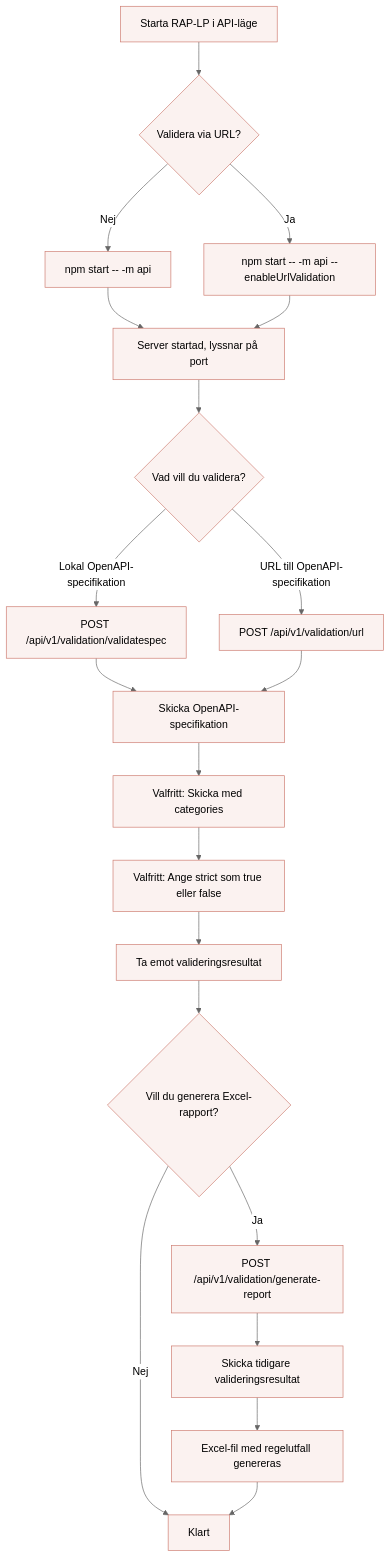
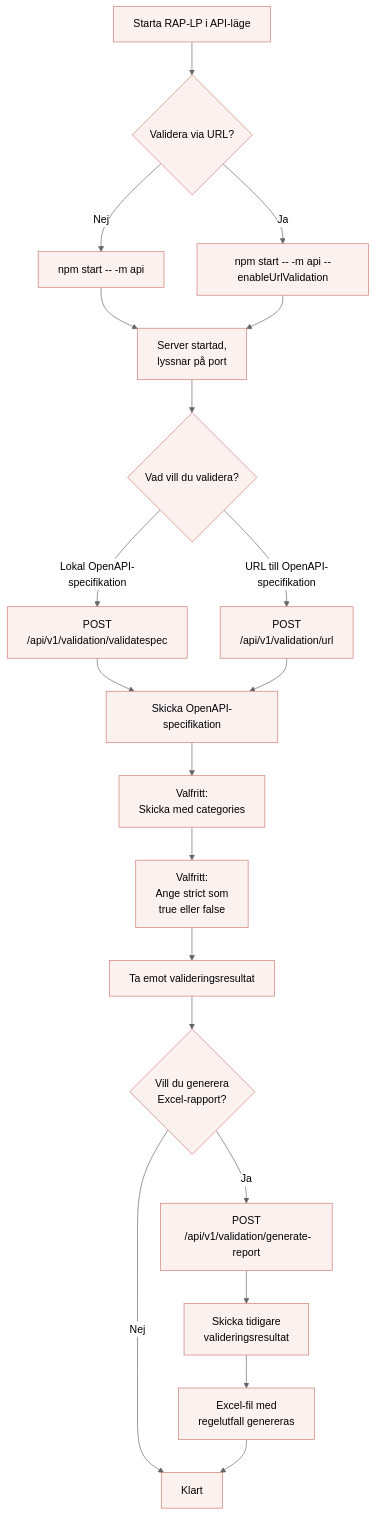
The second of 2 diagrams in README.md (diggsweden/rest-api-profil-lint-processor), drawn with Mermaid before and after one commit.

Commit message:
docs: improve flowchart format

````diff
--- a/README.md
+++ b/README.md
@@ -609,50 +609,50 @@
 ```mermaid
 %%{init: {
   "theme": "base",
   "themeVariables": {
     "primaryColor": "#fbf2f0",
     "primaryTextColor": "#000",
     "primaryBorderColor": "#cd7a6e",
     "lineColor": "#666",
     "secondaryColor": "#ffffff",
     "tertiaryColor": "#ffffff"
   }
 }}%%
 flowchart TD
 
     A[Starta RAP-LP i API-läge]
 
     A --> B{Validera via URL?}
 
     B -->|Nej| C["npm start -- -m api"]
     B -->|Ja| D["npm start -- -m api --enableUrlValidation"]
 
-    C --> E["Server startad, lyssnar på port"]
+    C --> E["Server startad,<br> lyssnar på port"]
     D --> E
 
     E --> F{Vad vill du validera?}
 
-    F -->|Lokal OpenAPI-specifikation| G["POST /api/v1/validation/validatespec"]
-    F -->|URL till OpenAPI-specifikation| H["POST /api/v1/validation/url"]
+    F -->|Lokal OpenAPI-specifikation| G["POST<br>/api/v1/validation/validatespec"]
+    F -->|URL till OpenAPI-specifikation| H["POST<br>/api/v1/validation/url"]
 
     G --> I["Skicka OpenAPI-specifikation"]
     H --> I
 
-    I --> J["Valfritt: Skicka med categories"]
+    I --> J["Valfritt:<br> Skicka med categories"]
 
-    J --> K["Valfritt: Ange strict som true eller false"]
+    J --> K["Valfritt:<br> Ange strict som <br>true eller false"]
 
     K --> L["Ta emot valideringsresultat"]
 
-    L --> M{Vill du generera Excel-rapport?}
+    L --> M{Vill du generera<br> Excel-rapport?}
 
     M -->|Nej| N[Klart]
 
-    M -->|Ja| O["POST /api/v1/validation/generate-report"]
+    M -->|Ja| O["POST<br> /api/v1/validation/generate-report"]
 
-    O --> P["Skicka tidigare valideringsresultat"]
+    O --> P["Skicka tidigare<br> valideringsresultat"]
 
-    P --> Q["Excel-fil med regelutfall genereras"]
+    P --> Q["Excel-fil med<br> regelutfall genereras"]
 
     Q --> N
 ```
````
